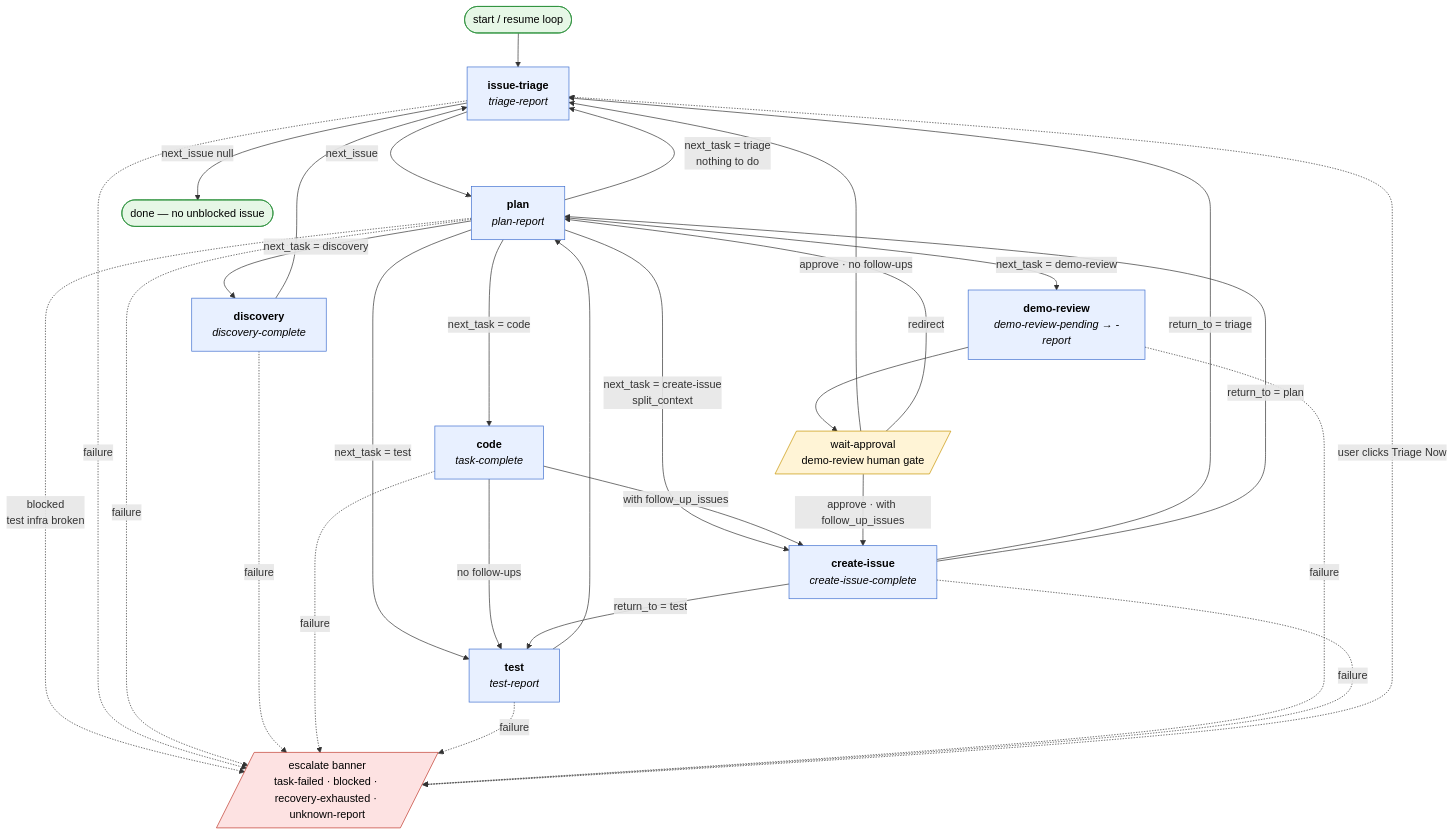
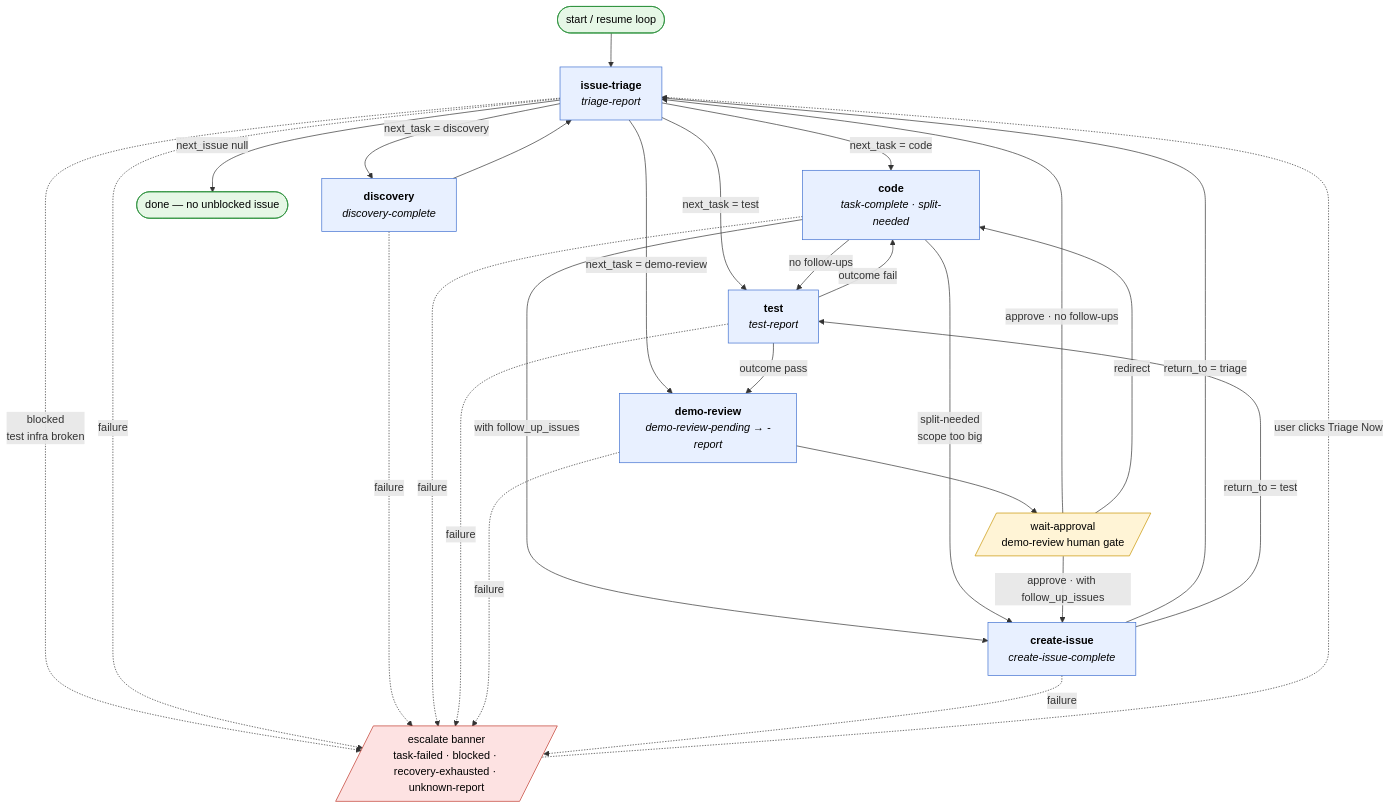
One commit to AlysonBasilio/autonomous-product-team changed the diagram in README.md. Above: the diagram before and after it, drawn with Mermaid. The commit also changed other lines of this file and 13 other files, not shown here.

First line of the commit message:
Eliminate plan task; fold routing into triage, planning into code

````diff
--- a/README.md
+++ b/README.md
@@ -76,65 +76,59 @@
 ```mermaid
 flowchart TD
     Start([start / resume loop]) --> Triage
 
     Triage["<b>issue-triage</b><br/><i>triage-report</i>"]
-    Plan["<b>plan</b><br/><i>plan-report</i>"]
     Discovery["<b>discovery</b><br/><i>discovery-complete</i>"]
-    Code["<b>code</b><br/><i>task-complete</i>"]
+    Code["<b>code</b><br/><i>task-complete · split-needed</i>"]
     Test["<b>test</b><br/><i>test-report</i>"]
     DemoReview["<b>demo-review</b><br/><i>demo-review-pending → -report</i>"]
     CreateIssue["<b>create-issue</b><br/><i>create-issue-complete</i>"]
 
     Done([done — no unblocked issue])
     WaitDR[/wait-approval<br/>demo-review human gate/]
     Escalate[/escalate banner<br/>task-failed · blocked · recovery-exhausted · unknown-report/]
 
-    %% triage → plan or done
+    %% triage routes directly
     Triage -->|next_issue null| Done
-    Triage -->|next_issue| Plan
+    Triage -->|next_task = discovery| Discovery
+    Triage -->|next_task = code| Code
+    Triage -->|next_task = test| Test
+    Triage -->|next_task = demo-review| DemoReview
+    Triage -.->|blocked<br/>test infra broken| Escalate
 
-    %% plan is the central decider
-    Plan -->|next_task = discovery| Discovery
-    Plan -->|next_task = code| Code
-    Plan -->|next_task = test| Test
-    Plan -->|next_task = demo-review| DemoReview
-    Plan -->|next_task = create-issue<br/>split_context| CreateIssue
-    Plan -->|next_task = triage<br/>nothing to do| Triage
-    Plan -.->|blocked<br/>test infra broken| Escalate
-
-    %% deterministic non-plan transitions
+    %% deterministic transitions
     Discovery --> Triage
     Code -->|no follow-ups| Test
     Code -->|with follow_up_issues| CreateIssue
-    Test --> Plan
+    Code -->|split-needed<br/>scope too big| CreateIssue
+    Test -->|outcome pass| DemoReview
+    Test -->|outcome fail| Code
 
     %% demo-review human gate
     DemoReview --> WaitDR
     WaitDR -->|approve · no follow-ups| Triage
     WaitDR -->|approve · with follow_up_issues| CreateIssue
-    WaitDR -->|redirect| Plan
+    WaitDR -->|redirect| Code
 
     %% create-issue returns to caller
     CreateIssue -->|return_to = triage| Triage
     CreateIssue -->|return_to = test| Test
-    CreateIssue -->|return_to = plan| Plan
 
     %% failure paths from any task
     Triage -.->|failure| Escalate
-    Plan -.->|failure| Escalate
     Discovery -.->|failure| Escalate
     Code -.->|failure| Escalate
     Test -.->|failure| Escalate
     DemoReview -.->|failure| Escalate
     CreateIssue -.->|failure| Escalate
     Escalate -.->|user clicks Triage Now| Triage
 
     classDef task fill:#e8f0ff,stroke:#4070d0,color:#000;
     classDef gate fill:#fff4d6,stroke:#c89400,color:#000;
     classDef terminal fill:#e6f7e6,stroke:#2a8f3a,color:#000;
     classDef error fill:#fde2e2,stroke:#c0392b,color:#000;
-    class Triage,Plan,Discovery,Code,Test,DemoReview,CreateIssue task;
+    class Triage,Discovery,Code,Test,DemoReview,CreateIssue task;
     class WaitDR gate;
     class Done,Start terminal;
     class Escalate error;
 ```
````
